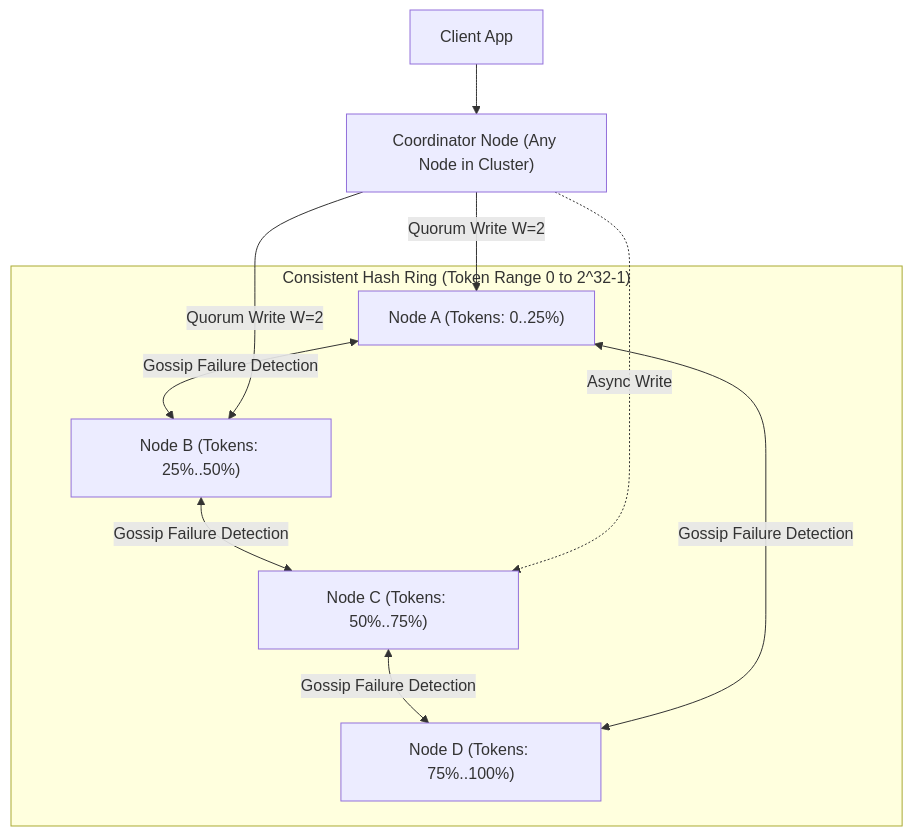
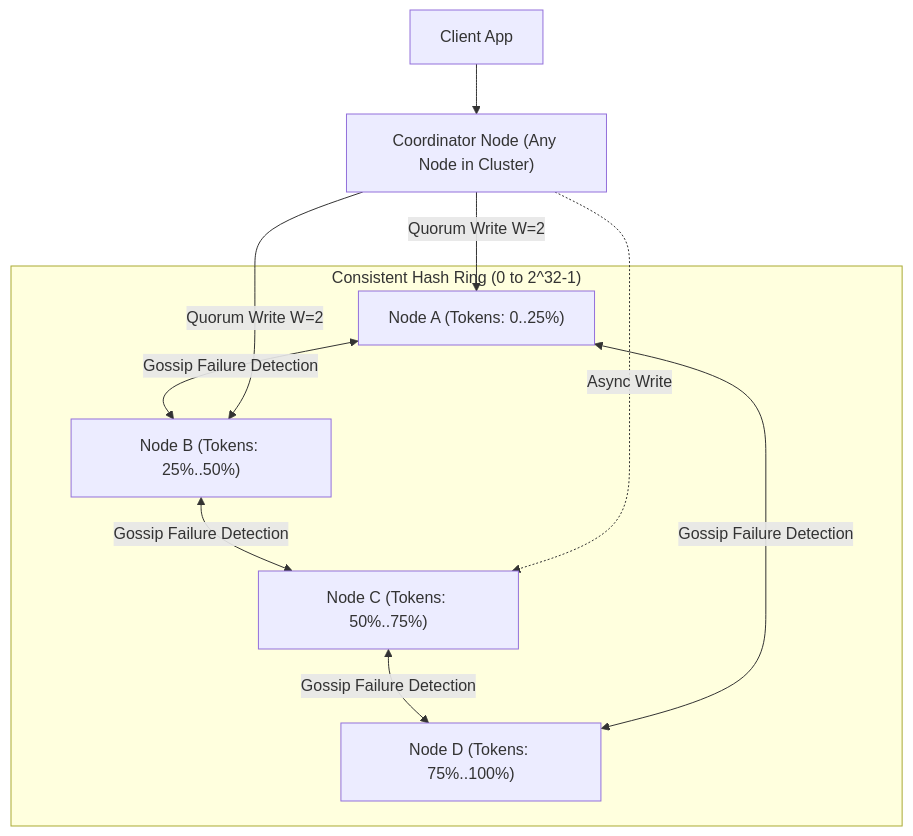
The diagram in strivers-hld/17-Interview-Problems-Core-Systems/03-Distributed-Key-Value-Store/README.md (Sourav108/strivers-lld), drawn with Mermaid before and after one commit. The commit also changed 39 other files, not shown here.

Commit message:
fix(mermaid): wrap node labels, simplify diamonds, and reformat wide diagrams for perfect GitHub rendering

````diff
--- a/strivers-hld/17-Interview-Problems-Core-Systems/03-Distributed-Key-Value-Store/README.md
+++ b/strivers-hld/17-Interview-Problems-Core-Systems/03-Distributed-Key-Value-Store/README.md
@@ -5,20 +5,20 @@
 ```mermaid
 flowchart TD
     Client["Client App"] --> Coord["Coordinator Node (Any Node in Cluster)"]
 
-    subgraph HashRing["Consistent Hash Ring (Token Range 0 to 2^32-1)"]
+    subgraph HashRing["Consistent Hash Ring (0 to 2^32-1)"]
         NodeA["Node A (Tokens: 0..25%)"]
         NodeB["Node B (Tokens: 25%..50%)"]
         NodeC["Node C (Tokens: 50%..75%)"]
         NodeD["Node D (Tokens: 75%..100%)"]
 
         NodeA <-->|Gossip Failure Detection| NodeB
         NodeB <-->|Gossip Failure Detection| NodeC
         NodeC <-->|Gossip Failure Detection| NodeD
         NodeD <-->|Gossip Failure Detection| NodeA
     end
 
     Coord -->|Quorum Write W=2| NodeA
     Coord -->|Quorum Write W=2| NodeB
     Coord -.->|Async Write| NodeC
 ```
````
